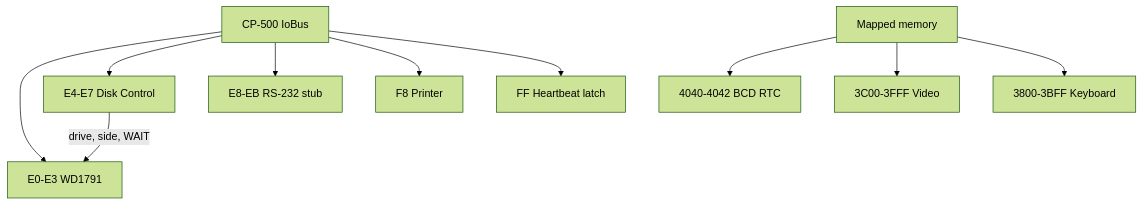
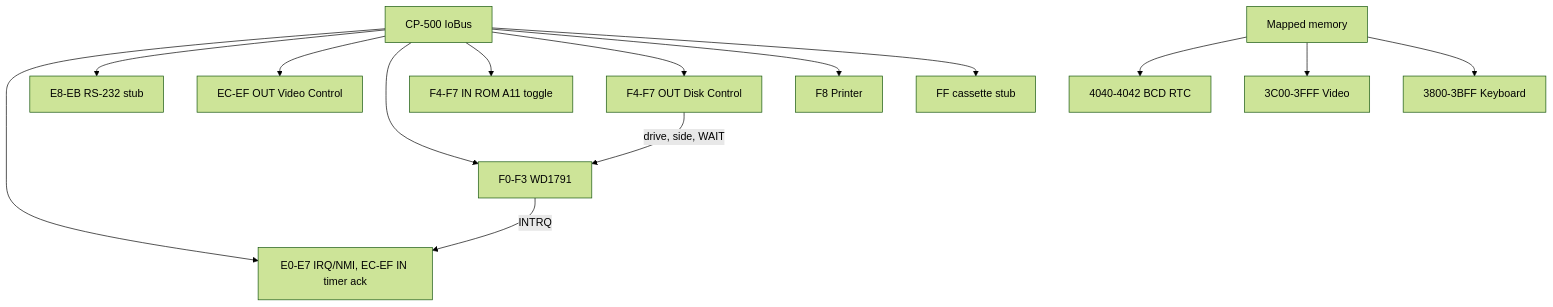
The diagram in lode/cp500/devices.md (fredimachado/heh8080), drawn with Mermaid (forest theme) before and after one commit. The commit also changed other lines of this file and 31 other files, not shown here.

````diff
--- a/lode/cp500/devices.md
+++ b/lode/cp500/devices.md
@@ -21,12 +23,16 @@
 ```mermaid
 graph TB
-    Bus[CP-500 IoBus] --> FDC[E0-E3 WD1791]
-    Bus --> DiskControl[E4-E7 Disk Control]
+    Bus[CP-500 IoBus] --> Int[E0-E7 IRQ/NMI, EC-EF IN timer ack]
+    Bus --> RS[E8-EB RS-232 stub]
+    Bus --> Video[EC-EF OUT Video Control]
+    Bus --> FDC[F0-F3 WD1791]
+    Bus --> Rom[F4-F7 IN ROM A11 toggle]
+    Bus --> DiskControl[F4-F7 OUT Disk Control]
     DiskControl -->|drive, side, WAIT| FDC
-    Bus --> RS[E8-EB RS-232 stub]
+    FDC -->|INTRQ| Int
     Bus --> Printer[F8 Printer]
-    Bus --> Int[FF Heartbeat latch]
+    Bus --> Cass[FF cassette stub]
     Memory[Mapped memory] --> RTC[4040-4042 BCD RTC]
-    Memory --> Video[3C00-3FFF Video]
+    Memory --> VRAM[3C00-3FFF Video]
     Memory --> Keyboard[3800-3BFF Keyboard]
 ```
````
